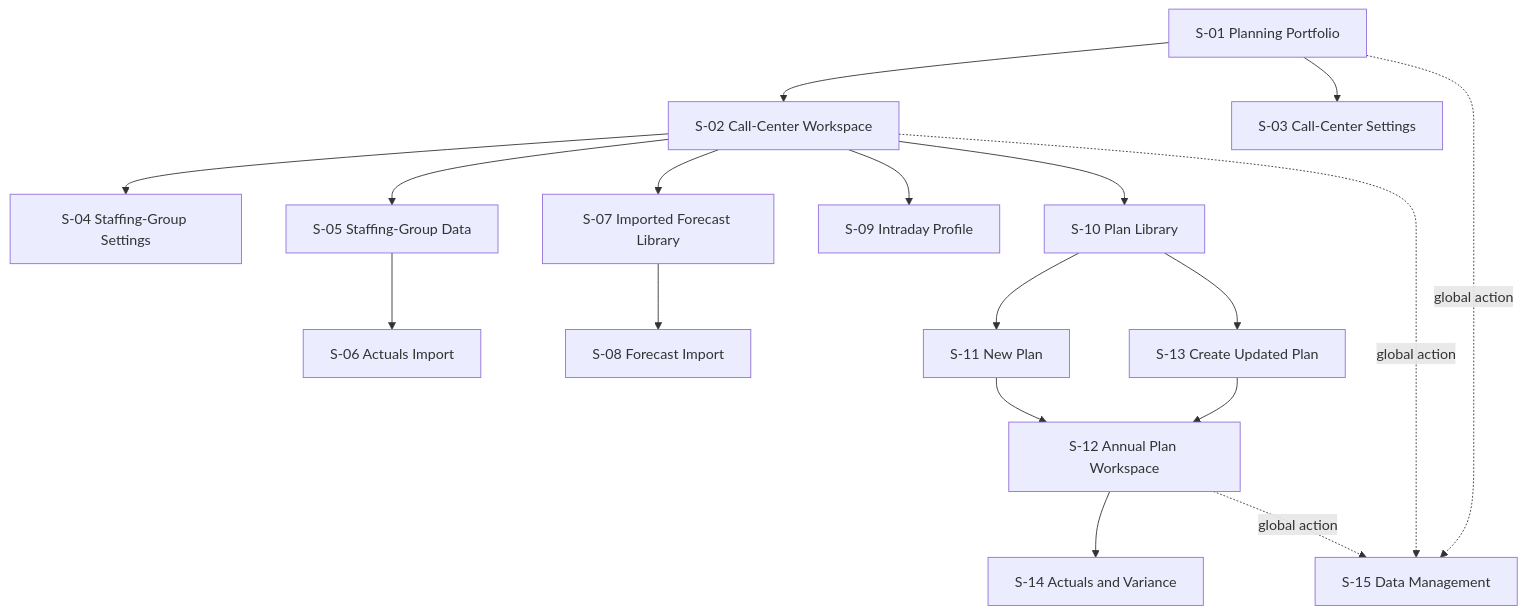
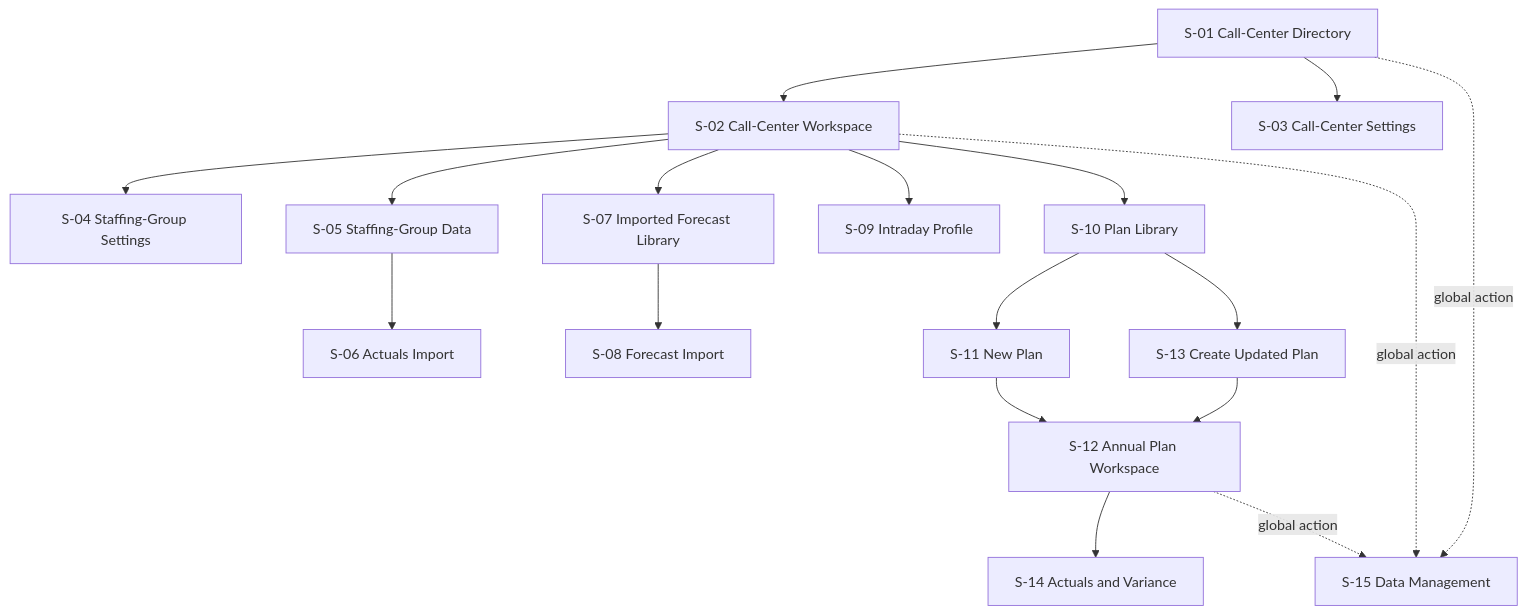
Before and after one commit to kanderson1221/wfmtoolkit: the first of 7 diagrams in specs/design/SCREEN-WORKFLOWS.md, drawn with Mermaid. The commit also changed other lines of this file and 30 other files, not shown here.

Commit message:
Replace portfolio home with call center directory

````diff
--- a/specs/design/SCREEN-WORKFLOWS.md
+++ b/specs/design/SCREEN-WORKFLOWS.md
@@ -64,36 +64,36 @@
 ```mermaid
 flowchart TD
-    Portfolio["S-01 Planning Portfolio"]
+    Portfolio["S-01 Call-Center Directory"]
     Center["S-02 Call-Center Workspace"]
     CenterSettings["S-03 Call-Center Settings"]
     GroupSettings["S-04 Staffing-Group Settings"]
     Data["S-05 Staffing-Group Data"]
     ActualsImport["S-06 Actuals Import"]
     Forecasts["S-07 Imported Forecast Library"]
     ForecastImport["S-08 Forecast Import"]
     Intraday["S-09 Intraday Profile"]
     Plans["S-10 Plan Library"]
     NewPlan["S-11 New Plan"]
     PlanWorkspace["S-12 Annual Plan Workspace"]
     NewUpdate["S-13 Create Updated Plan"]
     Variance["S-14 Actuals and Variance"]
     DataManagement["S-15 Data Management"]
 
     Portfolio --> Center
     Portfolio --> CenterSettings
     Center --> GroupSettings
     Center --> Data
     Center --> Forecasts
     Center --> Intraday
     Center --> Plans
     Data --> ActualsImport
     Forecasts --> ForecastImport
     Plans --> NewPlan
     NewPlan --> PlanWorkspace
     Plans --> NewUpdate
     NewUpdate --> PlanWorkspace
     PlanWorkspace --> Variance
     Portfolio -. global action .-> DataManagement
     Center -. global action .-> DataManagement
     PlanWorkspace -. global action .-> DataManagement
 ```
````
